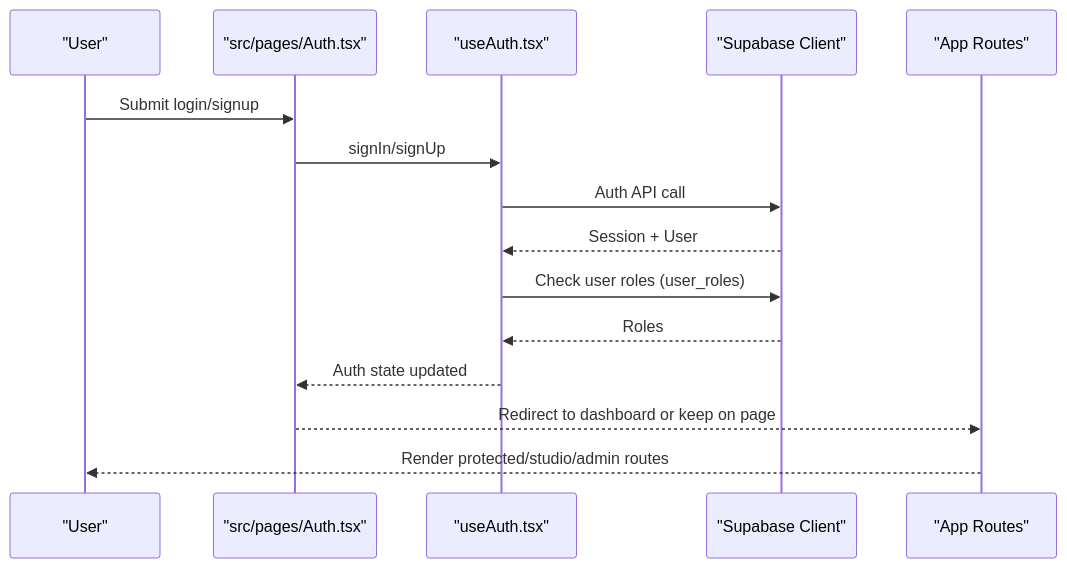
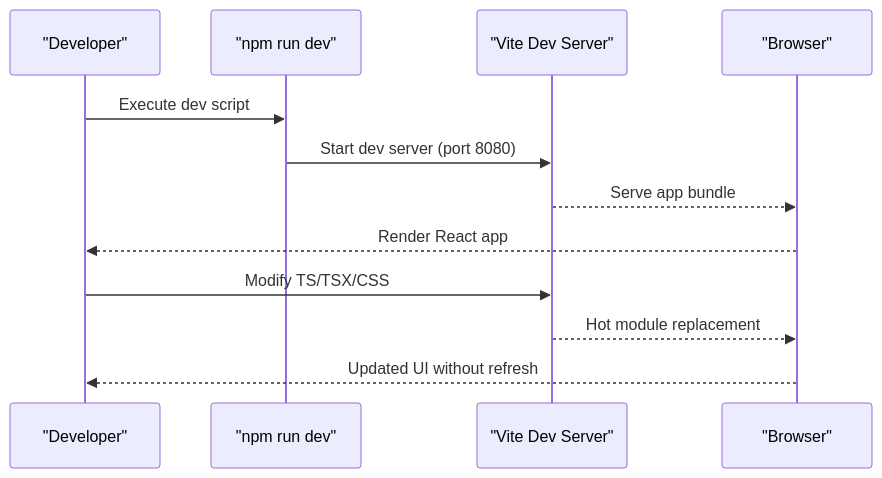
One commit to Sebu750/adorzia-studio changed the fourth of 10 diagrams in .qoder/repowiki/en/content/Getting Started.md. Above: the diagram before and after it, drawn with Mermaid. The commit also changed other lines of this file and 327 other files, not shown here.

````diff
--- a/.qoder/repowiki/en/content/Getting Started.md
+++ b/.qoder/repowiki/en/content/Getting Started.md
@@ -241,17 +145,14 @@
 ```mermaid
 sequenceDiagram
-participant U as "User"
-participant A as "src/pages/Auth.tsx"
-participant H as "useAuth.tsx"
-participant S as "Supabase Client"
-participant R as "App Routes"
-U->>A : Submit login/signup
-A->>H : signIn/signUp
-H->>S : Auth API call
-S-->>H : Session + User
-H->>S : Check user roles (user_roles)
-S-->>H : Roles
-H-->>A : Auth state updated
-A-->>R : Redirect to dashboard or keep on page
-R-->>U : Render protected/studio/admin routes
+participant Dev as "Developer"
+participant NPM as "npm run dev"
+participant Vite as "Vite Dev Server"
+participant Browser as "Browser"
+Dev->>NPM : Execute dev script
+NPM->>Vite : Start dev server (port 8080)
+Vite-->>Browser : Serve app bundle
+Browser-->>Dev : Render React app
+Dev->>Vite : Modify TS/TSX/CSS
+Vite-->>Browser : Hot module replacement
+Browser-->>Dev : Updated UI without refresh
 ```
````
